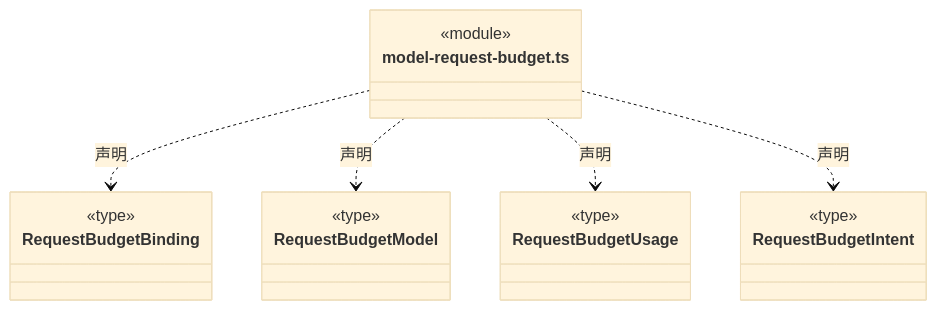
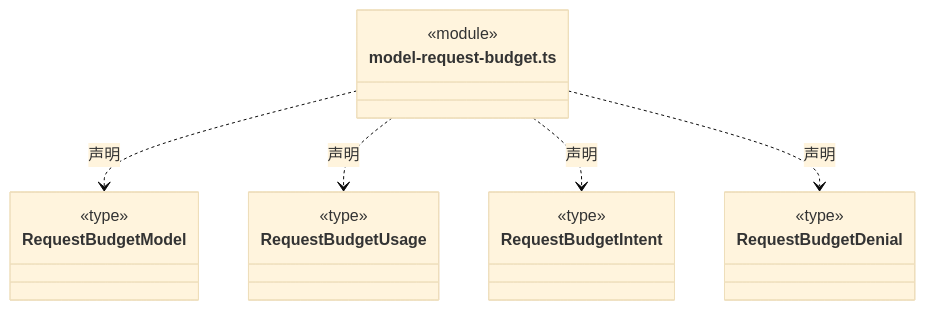
The sixth of 19 diagrams in src/logic/budget/rules/ARCHITECTURE.md (nan023062/cbim), drawn with Mermaid (base theme) before and after one commit. The commit also changed other lines of this file and 25 other files, not shown here.

````diff
--- a/src/logic/budget/rules/ARCHITECTURE.md
+++ b/src/logic/budget/rules/ARCHITECTURE.md
@@ -107,26 +136,26 @@
 ```mermaid
 classDiagram
 class N_src_logic_budget_rules_model_request_budget_ts["model-request-budget.ts"] {
   <<module>>
 }
-class N_src_logic_budget_rules_model_request_budget_ts_RequestBudgetBinding["RequestBudgetBinding"] {
-  <<type>>
-
-}
-N_src_logic_budget_rules_model_request_budget_ts ..> N_src_logic_budget_rules_model_request_budget_ts_RequestBudgetBinding : 声明
 class N_src_logic_budget_rules_model_request_budget_ts_RequestBudgetModel["RequestBudgetModel"] {
   <<type>>
 
 }
 N_src_logic_budget_rules_model_request_budget_ts ..> N_src_logic_budget_rules_model_request_budget_ts_RequestBudgetModel : 声明
 class N_src_logic_budget_rules_model_request_budget_ts_RequestBudgetUsage["RequestBudgetUsage"] {
   <<type>>
 
 }
 N_src_logic_budget_rules_model_request_budget_ts ..> N_src_logic_budget_rules_model_request_budget_ts_RequestBudgetUsage : 声明
 class N_src_logic_budget_rules_model_request_budget_ts_RequestBudgetIntent["RequestBudgetIntent"] {
   <<type>>
 
 }
 N_src_logic_budget_rules_model_request_budget_ts ..> N_src_logic_budget_rules_model_request_budget_ts_RequestBudgetIntent : 声明
+class N_src_logic_budget_rules_model_request_budget_ts_RequestBudgetDenial["RequestBudgetDenial"] {
+  <<type>>
+
+}
+N_src_logic_budget_rules_model_request_budget_ts ..> N_src_logic_budget_rules_model_request_budget_ts_RequestBudgetDenial : 声明
 ```
````
